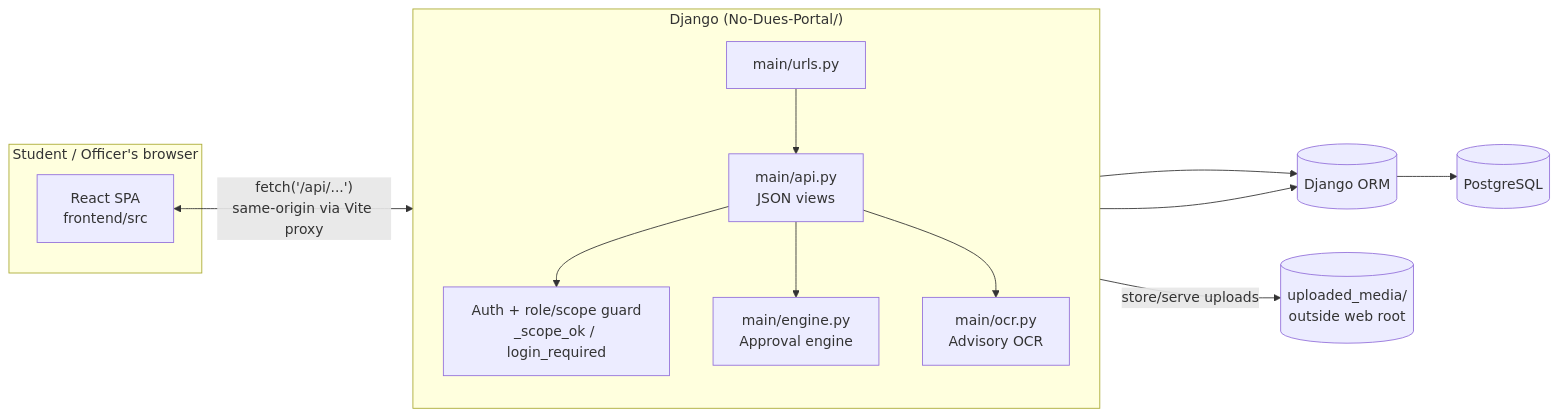
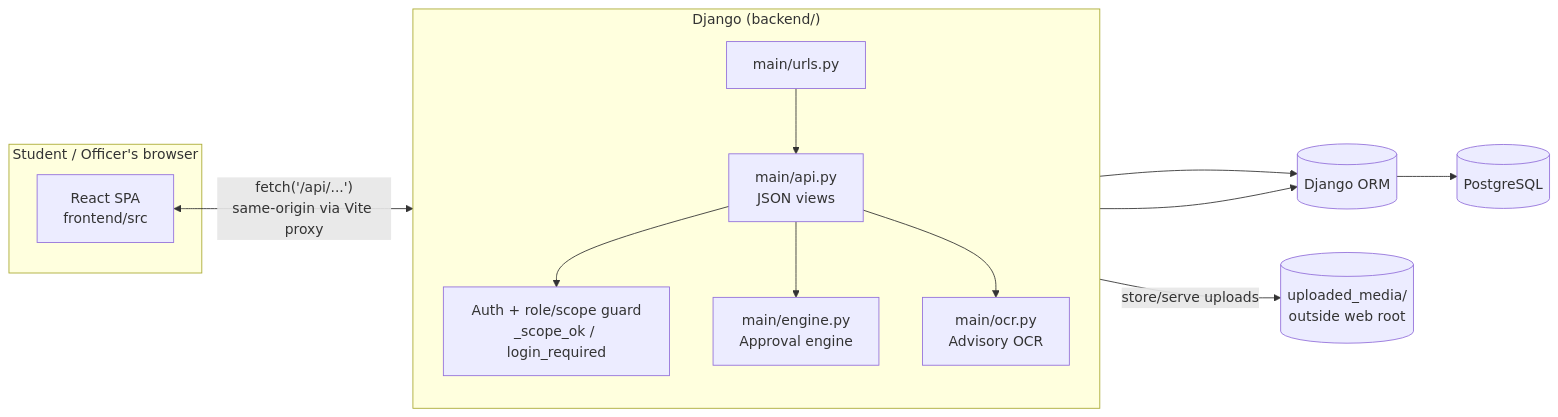
One commit to manashatwar/LNMIIT-NO-DUES-PORTAL changed the first of 4 diagrams in docs/ARCHITECTURE.md. Above: the diagram before and after it, drawn with Mermaid. The commit also changed other lines of this file, not shown here.

Commit message:
update architecture docs

````diff
--- a/docs/ARCHITECTURE.md
+++ b/docs/ARCHITECTURE.md
@@ -7,24 +7,24 @@
 ```mermaid
 flowchart LR
     subgraph Client["Student / Officer's browser"]
         SPA[React SPA<br/>frontend/src]
     end
 
-    subgraph Server["Django (No-Dues-Portal/)"]
+    subgraph Server["Django (backend/)"]
         direction TB
         URLS[main/urls.py] --> VIEWS[main/api.py<br/>JSON views]
         VIEWS --> GUARD[Auth + role/scope guard<br/>_scope_ok / login_required]
         VIEWS --> ENGINE[main/engine.py<br/>Approval engine]
         VIEWS --> OCRSVC[main/ocr.py<br/>Advisory OCR]
     end
 
     ORM[(Django ORM)]
     DB[(PostgreSQL)]
     MEDIA[(uploaded_media/<br/>outside web root)]
 
     SPA <-->|"fetch('/api/...')<br/>same-origin via Vite proxy"| URLS
     ENGINE --> ORM
     VIEWS --> ORM
     ORM --> DB
     VIEWS -->|store/serve uploads| MEDIA
 ```
````
